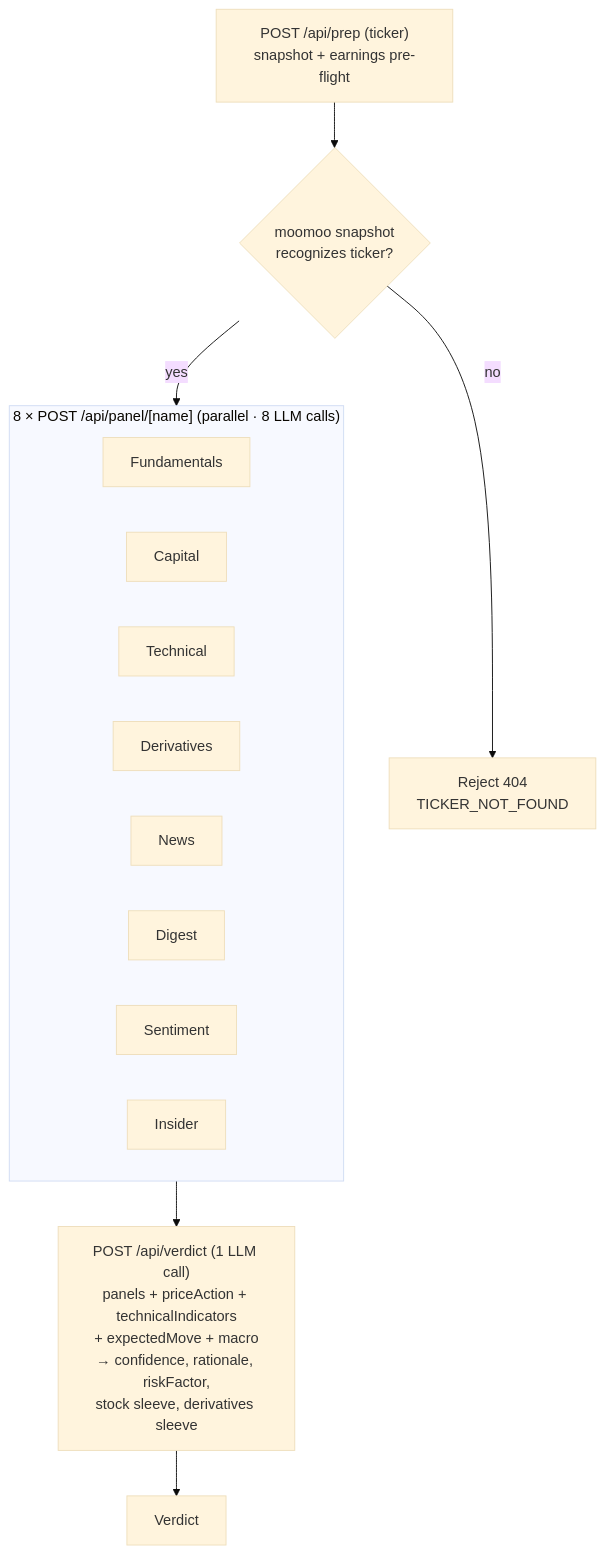
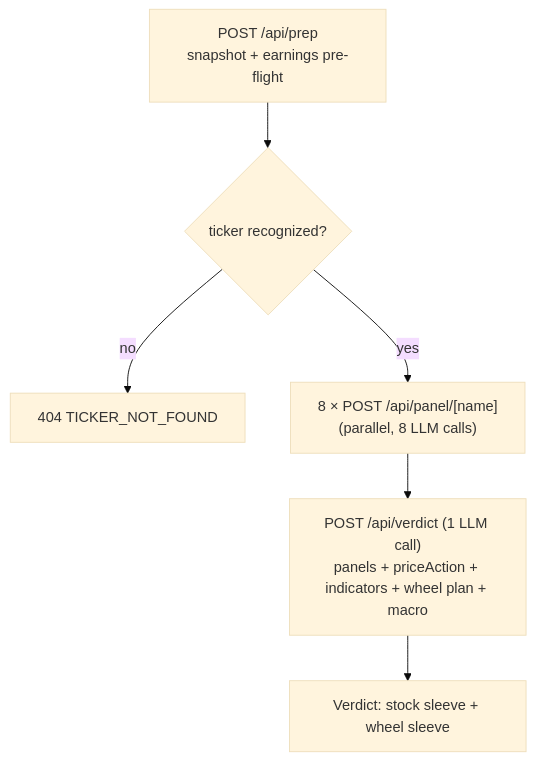
Before and after one commit to kaicong12/stock-analysis: the diagram in README.md, drawn with Mermaid (base theme). The commit also changed other lines of this file and 35 other files, not shown here.

First line of the commit message:
feat: rewrite derivatives sleeve for the wheel (#26)

````diff
--- a/README.md
+++ b/README.md
@@ -116,22 +33,8 @@
 ```mermaid
 flowchart TD
-    A["POST /api/prep (ticker)<br/>snapshot + earnings pre-flight"] --> S0{"moomoo snapshot<br/>recognizes ticker?"}
-    S0 -- no --> R["Reject 404<br/>TICKER_NOT_FOUND"]
-    S0 -- yes --> S2
-
-    subgraph S2["8 × POST /api/panel/[name] (parallel · 8 LLM calls)"]
-        direction LR
-        P1[Fundamentals]
-        P2[Capital]
-        P3[Technical]
-        P4[Derivatives]
-        P5[News]
-        P6[Digest]
-        P7[Sentiment]
-        P8[Insider]
-    end
-
-    S2 --> S3["POST /api/verdict (1 LLM call)<br/>panels + priceAction + technicalIndicators<br/>+ expectedMove + macro<br/>→ confidence, rationale, riskFactor,<br/>stock sleeve, derivatives sleeve"]
-
-    S3 --> OUT["Verdict"]
+    A["POST /api/prep<br/>snapshot + earnings pre-flight"] --> S0{"ticker recognized?"}
+    S0 -- no --> R["404 TICKER_NOT_FOUND"]
+    S0 -- yes --> S2["8 × POST /api/panel/[name]<br/>(parallel, 8 LLM calls)"]
+    S2 --> S3["POST /api/verdict (1 LLM call)<br/>panels + priceAction + indicators + wheel plan + macro"]
+    S3 --> OUT["Verdict: stock sleeve + wheel sleeve"]
 ```
````
